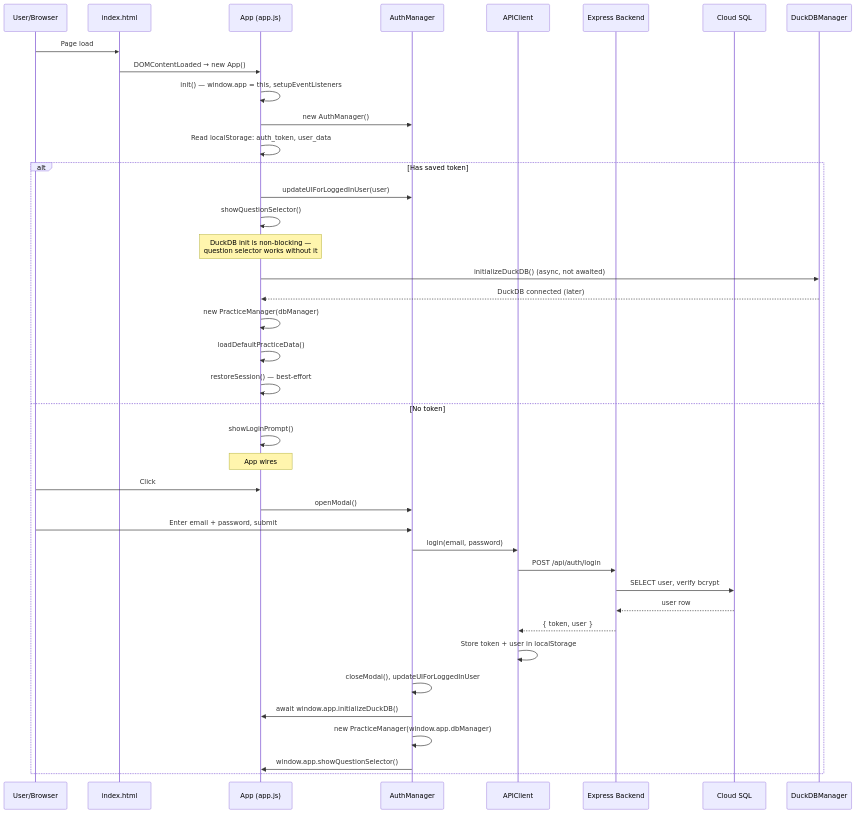
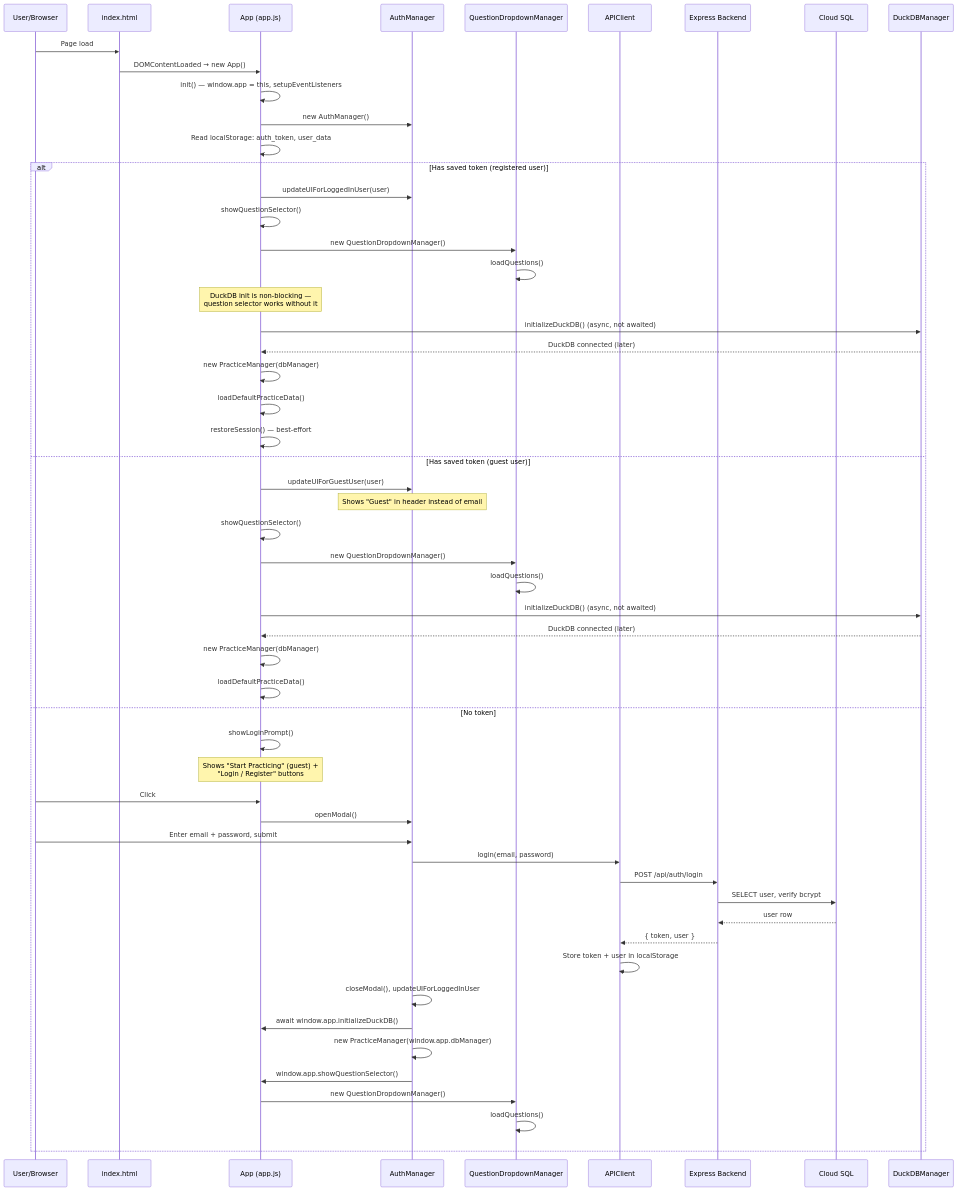
The first of 10 diagrams in docs/sequence-diagram.md (prateekpanjla-outlook/duckdb-wasm-ide), drawn with Mermaid before and after one commit. The commit also changed other lines of this file and 1 other file, not shown here.

First line of the commit message:
docs: update architecture diagrams to match current code

````diff
--- a/docs/sequence-diagram.md
+++ b/docs/sequence-diagram.md
@@ -5,44 +5,61 @@
 ```mermaid
 sequenceDiagram
     participant U as User/Browser
     participant HTML as index.html
     participant App as App (app.js)
     participant Auth as AuthManager
+    participant QDD as QuestionDropdownManager
     participant API as APIClient
     participant BE as Express Backend
     participant DB as Cloud SQL
     participant DM as DuckDBManager
 
     U->>HTML: Page load
     HTML->>App: DOMContentLoaded → new App()
     App->>App: init() — window.app = this, setupEventListeners
     App->>Auth: new AuthManager()
     App->>App: Read localStorage: auth_token, user_data
 
-    alt Has saved token
+    alt Has saved token (registered user)
         App->>Auth: updateUIForLoggedInUser(user)
         App->>App: showQuestionSelector()
+        App->>QDD: new QuestionDropdownManager()
+        QDD->>QDD: loadQuestions()
         Note over App: DuckDB init is non-blocking —<br/>question selector works without it
         App->>DM: initializeDuckDB() (async, not awaited)
         DM-->>App: DuckDB connected (later)
         App->>App: new PracticeManager(dbManager)
         App->>App: loadDefaultPracticeData()
         App->>App: restoreSession() — best-effort
+
+    else Has saved token (guest user)
+        App->>Auth: updateUIForGuestUser(user)
+        Note over Auth: Shows "Guest" in header instead of email
+        App->>App: showQuestionSelector()
+        App->>QDD: new QuestionDropdownManager()
+        QDD->>QDD: loadQuestions()
+        App->>DM: initializeDuckDB() (async, not awaited)
+        DM-->>App: DuckDB connected (later)
+        App->>App: new PracticeManager(dbManager)
+        App->>App: loadDefaultPracticeData()
+
     else No token
         App->>App: showLoginPrompt()
-        Note over App: App wires #loginPromptBtn click → authManager.openModal()
+        Note over App: Shows "Start Practicing" (guest) +<br/>"Login / Register" buttons
         U->>App: Click #loginPromptBtn
         App->>Auth: openModal()
         U->>Auth: Enter email + password, submit
         Auth->>API: login(email, password)
         API->>BE: POST /api/auth/login
         BE->>DB: SELECT user, verify bcrypt
         DB-->>BE: user row
         BE-->>API: { token, user }
         API->>API: Store token + user in localStorage
         Auth->>Auth: closeModal(), updateUIForLoggedInUser
         Auth->>App: await window.app.initializeDuckDB()
         Auth->>Auth: new PracticeManager(window.app.dbManager)
         Auth->>App: window.app.showQuestionSelector()
+        App->>QDD: new QuestionDropdownManager()
+        QDD->>QDD: loadQuestions()
     end
 ```
````
